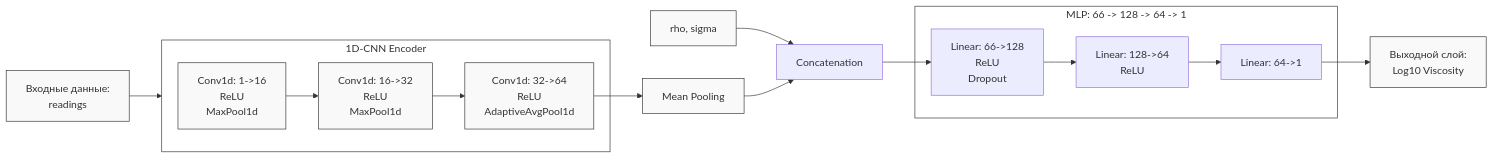
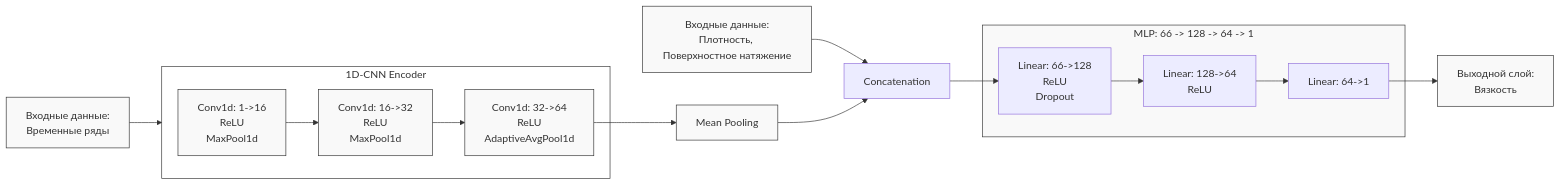
The diagram in ML_Variant2_Analysis.md (Stepaijio/goodagent), drawn with Mermaid before and after one commit. The commit also changed other lines of this file, not shown here.

Commit message:
Update labels and architecture diagram in ML_Variant2_Analysis.md

````diff
--- a/ML_Variant2_Analysis.md
+++ b/ML_Variant2_Analysis.md
@@ -9,38 +9,37 @@
 ```mermaid
 graph LR
-    Input[Входные данные:<br/>readings] --> CNN
-    
+    Input[Входные данные:<br/>Временные ряды] --> CNN[1D-CNN Encoder]
+    Global[Входные данные:<br/>Плотность, Поверхностное натяжение] --> Concat
+
     subgraph CNN [1D-CNN Encoder]
         C1[Conv1d: 1->16<br/>ReLU<br/>MaxPool1d]
         C2[Conv1d: 16->32<br/>ReLU<br/>MaxPool1d]
         C3[Conv1d: 32->64<br/>ReLU<br/>AdaptiveAvgPool1d]
         C1 --> C2 --> C3
     end
 
     C3 --> Pool[Mean Pooling]
-    
-    %% Глобальные признаки
-    Global[rho, sigma] --> Concat[Concatenation]
-    Pool --> Concat
+    Pool --> Concat[Concatenation]
     
     subgraph MLP [MLP: 66 -> 128 -> 64 -> 1]
         L1[Linear: 66->128<br/>ReLU<br/>Dropout]
         L2[Linear: 128->64<br/>ReLU]
         L3[Linear: 64->1]
         L1 --> L2 --> L3
     end
     
     Concat --> L1
-    L3 --> Output[Выходной слой:<br/>Log10 Viscosity]
+    L3 --> Output[Выходной слой:<br/>Вязкость]
 
     %% Стилизация
     style CNN fill:#fff,stroke:#333
     style MLP fill:#fff,stroke:#333
     style Input fill:#f9f9f9,stroke:#333
     style Global fill:#f9f9f9,stroke:#333
     style Output fill:#f9f9f9,stroke:#333
     style C1 fill:#f9f9f9,stroke:#333
     style C2 fill:#f9f9f9,stroke:#333
     style C3 fill:#f9f9f9,stroke:#333
     style Pool fill:#f9f9f9,stroke:#333
+    style MLP fill:#f9f9f9,stroke:#333
 ```
````
